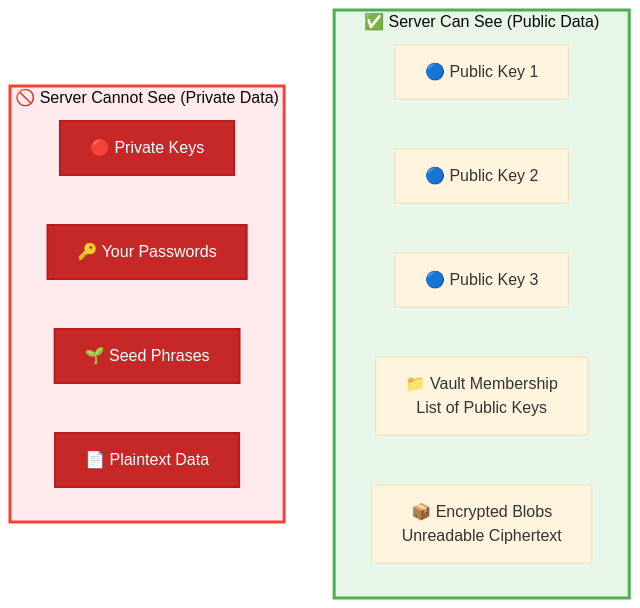
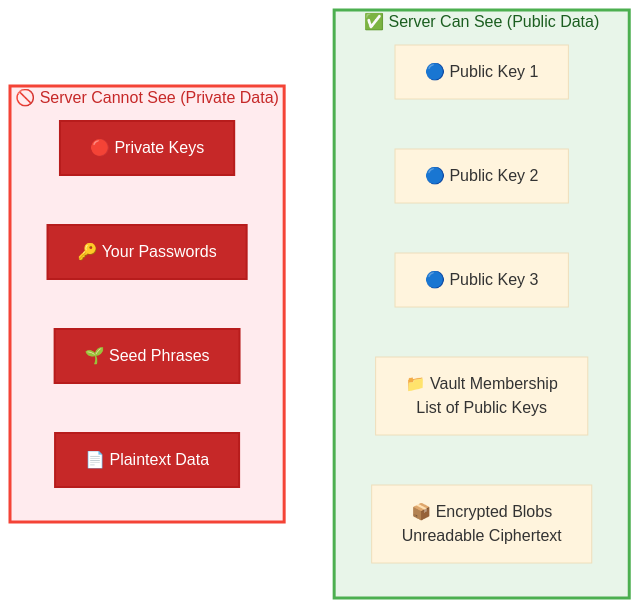
One commit to meta-secret/meta-secret-core changed the seventh of 15 diagrams in docs/meta-secret-technical-presentation.md. Above: the diagram before and after it, drawn with Mermaid (base theme). The commit also changed other lines of this file, not shown here.

````diff
--- a/docs/meta-secret-technical-presentation.md
+++ b/docs/meta-secret-technical-presentation.md
@@ -537,26 +549,26 @@
 ```mermaid
 flowchart TB
     subgraph VISIBLE["✅ Server Can See (Public Data)"]
         direction LR
         PK1[🔵 Public Key 1]
         PK2[🔵 Public Key 2]
         PK3[🔵 Public Key 3]
         VAULT[📁 Vault Membership<br/>List of Public Keys]
         BLOB[📦 Encrypted Blobs<br/>Unreadable Ciphertext]
     end
     
     subgraph INVISIBLE["🚫 Server Cannot See (Private Data)"]
         direction LR
         SK[🔴 Private Keys]
         PASS[🔑 Your Passwords]
         SEED[🌱 Seed Phrases]
         PLAIN[📄 Plaintext Data]
     end
     
-    style VISIBLE fill:#e8f5e9,stroke:#4caf50,stroke-width:3px
-    style INVISIBLE fill:#ffebee,stroke:#f44336,stroke-width:3px
+    style VISIBLE fill:#e8f5e9,color:#1b5e20,stroke:#4caf50,stroke-width:3px
+    style INVISIBLE fill:#ffebee,color:#c62828,stroke:#f44336,stroke-width:3px
     style SK fill:#c62828,color:#fff,stroke:#b71c1c,stroke-width:2px
     style PASS fill:#c62828,color:#fff,stroke:#b71c1c,stroke-width:2px
     style SEED fill:#c62828,color:#fff,stroke:#b71c1c,stroke-width:2px
     style PLAIN fill:#c62828,color:#fff,stroke:#b71c1c,stroke-width:2px
 ```
````
